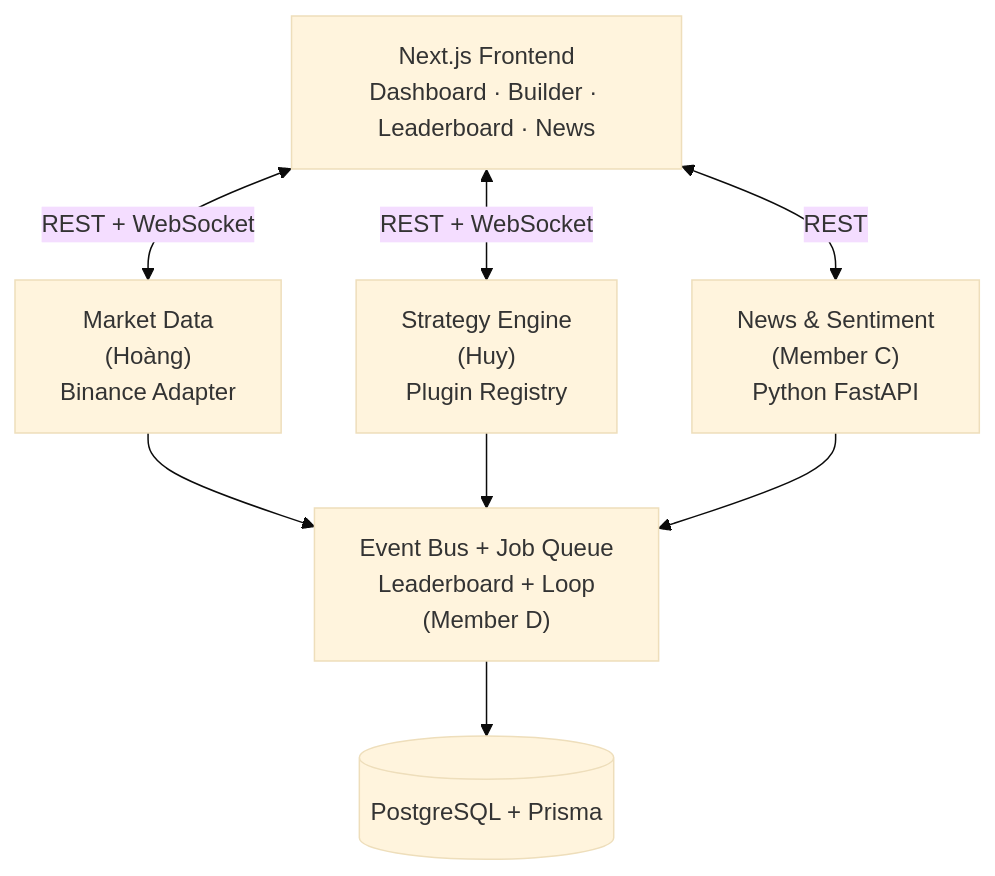
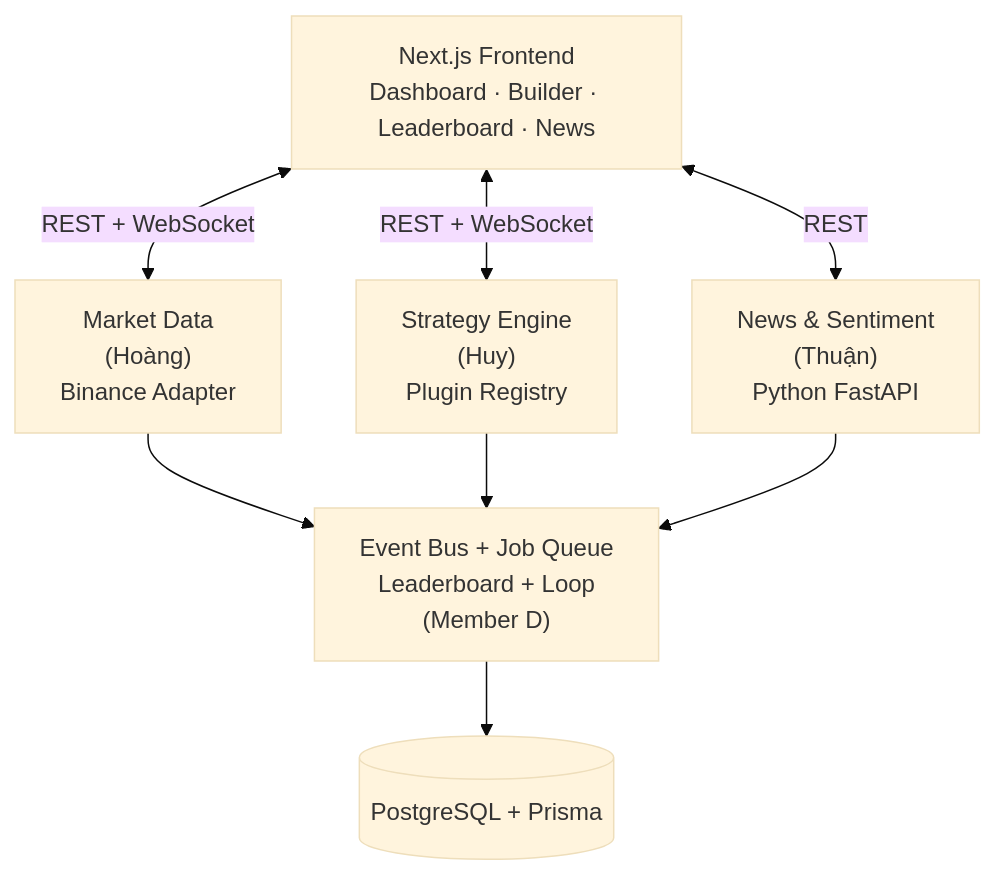
Before and after one commit to Hoang105205/Crypto-Strategy-Lab: the diagram in kb/ARCHITECTURE.md, drawn with Mermaid (base theme). The commit also changed other lines of this file and 6 other files, not shown here.

Commit message:
docs: add ADR-0009, ADR-0010 & update news-sentiment architecture in KB

````diff
--- a/kb/ARCHITECTURE.md
+++ b/kb/ARCHITECTURE.md
@@ -13,16 +13,16 @@
 ```mermaid
 graph TD
   FE["Next.js Frontend<br/>Dashboard · Builder · Leaderboard · News"]
   MD["Market Data<br/>(Hoàng)<br/>Binance Adapter"]
   SE["Strategy Engine<br/>(Huy)<br/>Plugin Registry"]
-  NW["News & Sentiment<br/>(Member C)<br/>Python FastAPI"]
+  NW["News & Sentiment<br/>(Thuận)<br/>Python FastAPI"]
   INF["Event Bus + Job Queue<br/>Leaderboard + Loop<br/>(Member D)"]
   DB[("PostgreSQL + Prisma")]
   FE <-->|REST + WebSocket| MD
   FE <-->|REST + WebSocket| SE
   FE <-->|REST| NW
   MD --> INF
   SE --> INF
   NW --> INF
   INF --> DB
 ```
````
